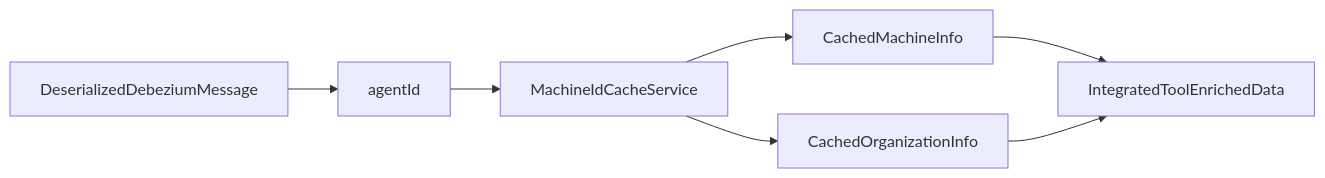
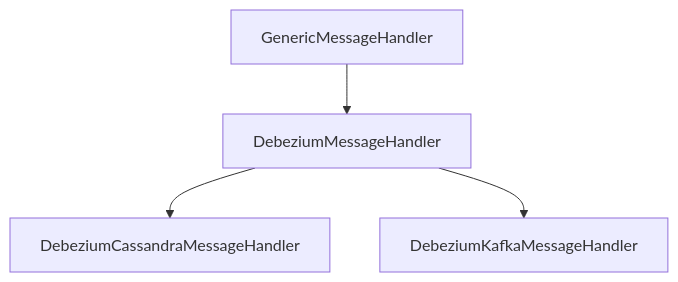
One commit to Praesto-Pro/openframe-oss-tenant changed the fourth of 6 diagrams in docs/architecture/stream-service-core/stream-service-core.md. Above: the diagram before and after it, drawn with Mermaid. The commit also changed other lines of this file and 214 other files, not shown here.

````diff
--- a/docs/architecture/stream-service-core/stream-service-core.md
+++ b/docs/architecture/stream-service-core/stream-service-core.md
@@ -234,9 +216,6 @@
 ```mermaid
-flowchart LR
-    DebeziumMsg["DeserializedDebeziumMessage"] --> AgentId["agentId"]
-    AgentId --> CacheLookup["MachineIdCacheService"]
-    CacheLookup --> Machine["CachedMachineInfo"]
-    CacheLookup --> Org["CachedOrganizationInfo"]
-    Machine --> Enriched["IntegratedToolEnrichedData"]
-    Org --> Enriched
+flowchart TD
+    GenericHandler["GenericMessageHandler"] --> DebeziumHandler["DebeziumMessageHandler"]
+    DebeziumHandler --> CassandraHandler["DebeziumCassandraMessageHandler"]
+    DebeziumHandler --> KafkaHandler["DebeziumKafkaMessageHandler"]
 ```
````
